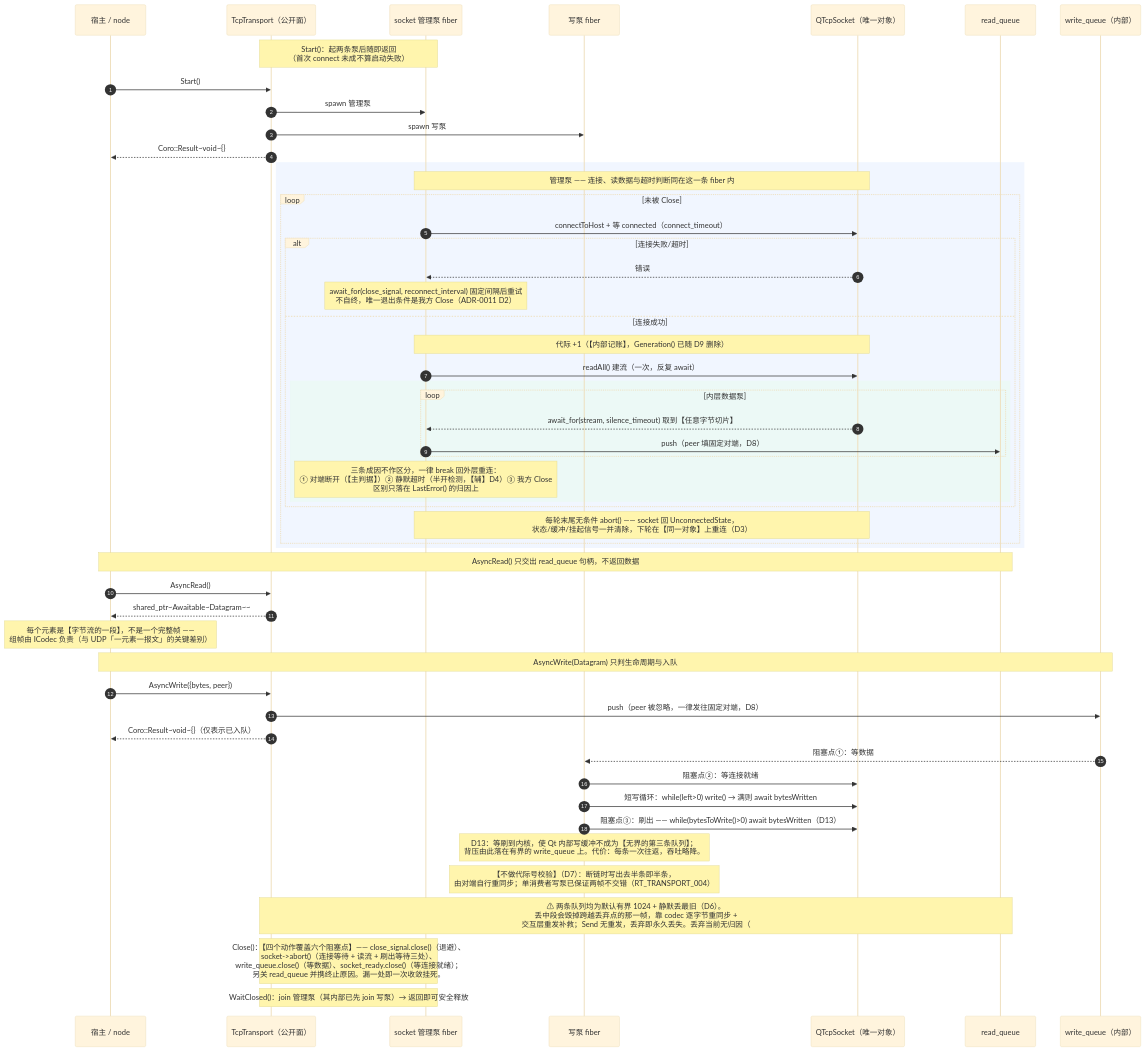
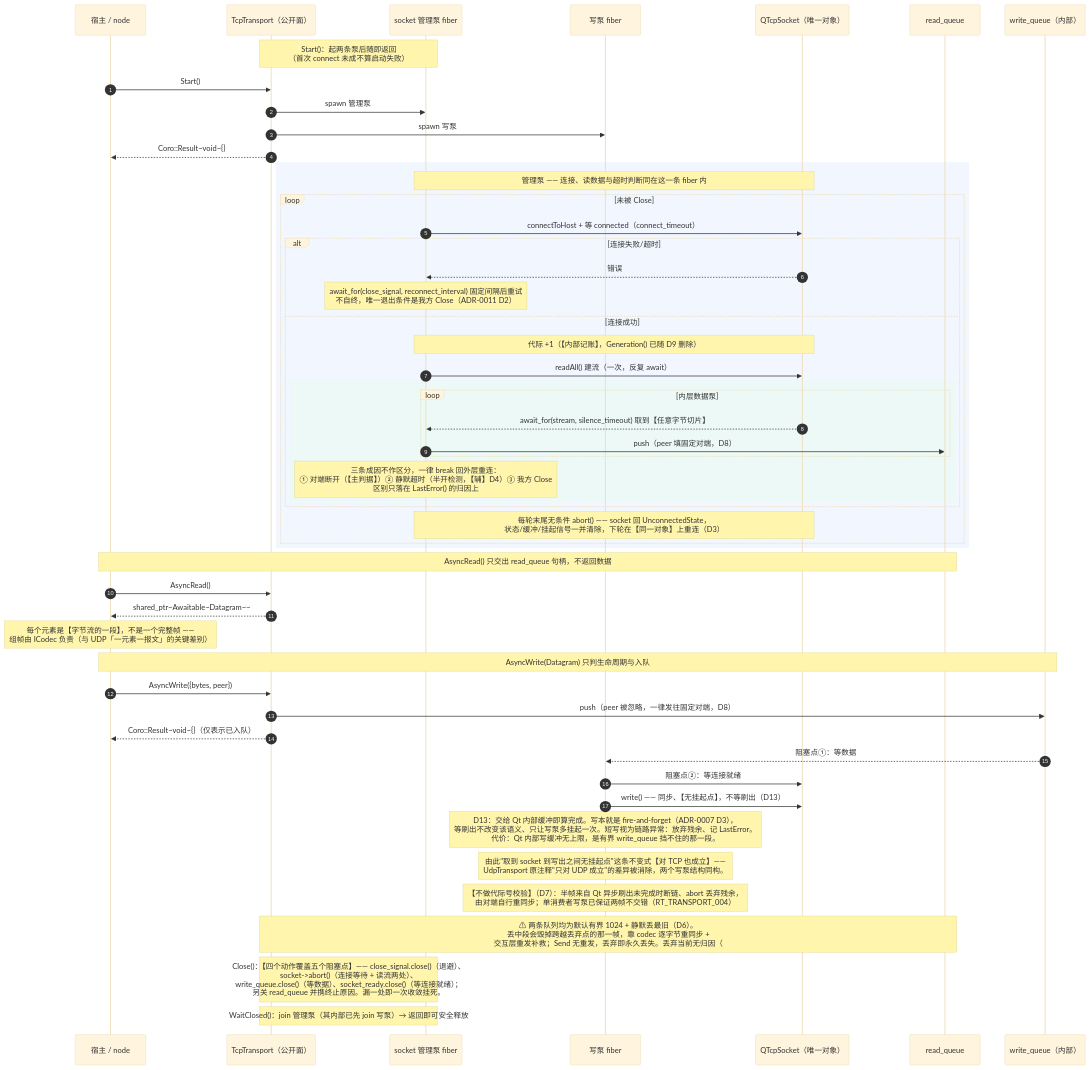
Before and after one commit to Ste7an-cs/Transport: the diagram in docs/diagrams/seq-tcp-pump.mmd, drawn with Mermaid (base theme). The commit also changed 3 other files, not shown here.

```diff
--- a/docs/diagrams/seq-tcp-pump.mmd
+++ b/docs/diagrams/seq-tcp-pump.mmd
@@ -1,58 +1,58 @@
 sequenceDiagram
     autonumber
     participant X as 宿主 / node
     participant T as TcpTransport（公开面）
     participant P as socket 管理泵 fiber
     participant W as 写泵 fiber
     participant S as QTcpSocket（唯一对象）
     participant RQ as read_queue
     participant WQ as write_queue（内部）
 
     Note over T,P: Start()：起两条泵后随即返回<br/>（首次 connect 未成不算启动失败）
     X->>T: Start()
     T->>P: spawn 管理泵
     T->>W: spawn 写泵
     T-->>X: Coro::Result~void~{}
 
     rect rgba(200,220,255,0.25)
     Note over P,S: 管理泵 —— 连接、读数据与超时判断同在这一条 fiber 内
     loop 未被 Close
         P->>S: connectToHost + 等 connected（connect_timeout）
         alt 连接失败/超时
             S-->>P: 错误
             Note over P: await_for(close_signal, reconnect_interval) 固定间隔后重试<br/>不自终，唯一退出条件是我方 Close（ADR-0011 D2）
         else 连接成功
             Note over P,S: 代际 +1（【内部记账】，Generation() 已随 D9 删除）
             P->>S: readAll() 建流（一次，反复 await）
             rect rgba(220,255,220,0.25)
             loop 内层数据泵
                 S-->>P: await_for(stream, silence_timeout) 取到【任意字节切片】
                 P->>RQ: push（peer 填固定对端，D8）
             end
             Note over P: 三条成因不作区分，一律 break 回外层重连：<br/>① 对端断开（【主判据】）② 静默超时（半开检测，【辅】D4）③ 我方 Close<br/>区别只落在 LastError() 的归因上
             end
         end
         Note over P,S: 每轮末尾无条件 abort() —— socket 回 UnconnectedState，<br/>状态/缓冲/挂起信号一并清除，下轮在【同一对象】上重连（D3）
     end
     end
 
     Note over X,RQ: AsyncRead() 只交出 read_queue 句柄，不返回数据
     X->>T: AsyncRead()
     T-->>X: shared_ptr~Awaitable~Datagram~~
     Note over X: 每个元素是【字节流的一段】，不是一个完整帧 —— <br/>组帧由 ICodec 负责（与 UDP「一元素一报文」的关键差别）
 
     Note over X,WQ: AsyncWrite(Datagram) 只判生命周期与入队
     X->>T: AsyncWrite({bytes, peer})
     T->>WQ: push（peer 被忽略，一律发往固定对端，D8）
     T-->>X: Coro::Result~void~{}（仅表示已入队）
     WQ-->>W: 阻塞点①：等数据
     W->>S: 阻塞点②：等连接就绪
-    W->>S: 短写循环：while(left>0) write() → 满则 await bytesWritten
-    W->>S: 阻塞点③：刷出 —— while(bytesToWrite()>0) await bytesWritten（D13）
-    Note over W: D13：等刷到内核，使 Qt 内部写缓冲不成为【无界的第三条队列】；<br/>背压由此落在有界的 write_queue 上。代价：每条一次往返，吞吐略降。
-    Note over W: 【不做代际号校验】（D7）：断链时写出去半条即半条，<br/>由对端自行重同步；单消费者写泵已保证两帧不交错（RT_TRANSPORT_004）
+    W->>S: write() —— 同步、【无挂起点】，不等刷出（D13）
+    Note over W: D13：交给 Qt 内部缓冲即算完成。写本就是 fire-and-forget（ADR-0007 D3），<br/>等刷出不改变该语义、只让写泵多挂起一次。短写视为链路异常：放弃残余、记 LastError。<br/>代价：Qt 内部写缓冲无上限，是有界 write_queue 挡不住的那一段。
+    Note over W: 由此"取到 socket 到写出之间无挂起点"这条不变式【对 TCP 也成立】——<br/>UdpTransport 原注释"只对 UDP 成立"的差异被消除，两个写泵结构同构。
+    Note over W: 【不做代际号校验】（D7）：半帧来自 Qt 异步刷出未完成时断链、abort 丢弃残余，<br/>由对端自行重同步；单消费者写泵已保证两帧不交错（RT_TRANSPORT_004）
 
     Note over T,RQ: ⚠ 两条队列均为默认有界 1024 + 静默丢最旧（D6）。<br/>丢中段会毁掉跨越丢弃点的那一帧，靠 codec 逐字节重同步 +<br/>交互层重发补救；Send 无重发，丢弃即永久丢失。丢弃当前无归因（#152/#176）
 
-    Note over T,P: Close()：【四个动作覆盖六个阻塞点】—— close_signal.close()（退避）、<br/>socket->abort()（连接等待 + 读流 + 刷出等待三处）、<br/>write_queue.close()（等数据）、socket_ready.close()（等连接就绪）；<br/>另关 read_queue 并携终止原因。漏一处即一次收敛挂死。
+    Note over T,P: Close()：【四个动作覆盖五个阻塞点】—— close_signal.close()（退避）、<br/>socket->abort()（连接等待 + 读流两处）、<br/>write_queue.close()（等数据）、socket_ready.close()（等连接就绪）；<br/>另关 read_queue 并携终止原因。漏一处即一次收敛挂死。
     Note over T,P: WaitClosed()：join 管理泵（其内部已先 join 写泵）→ 返回即可安全释放
```
